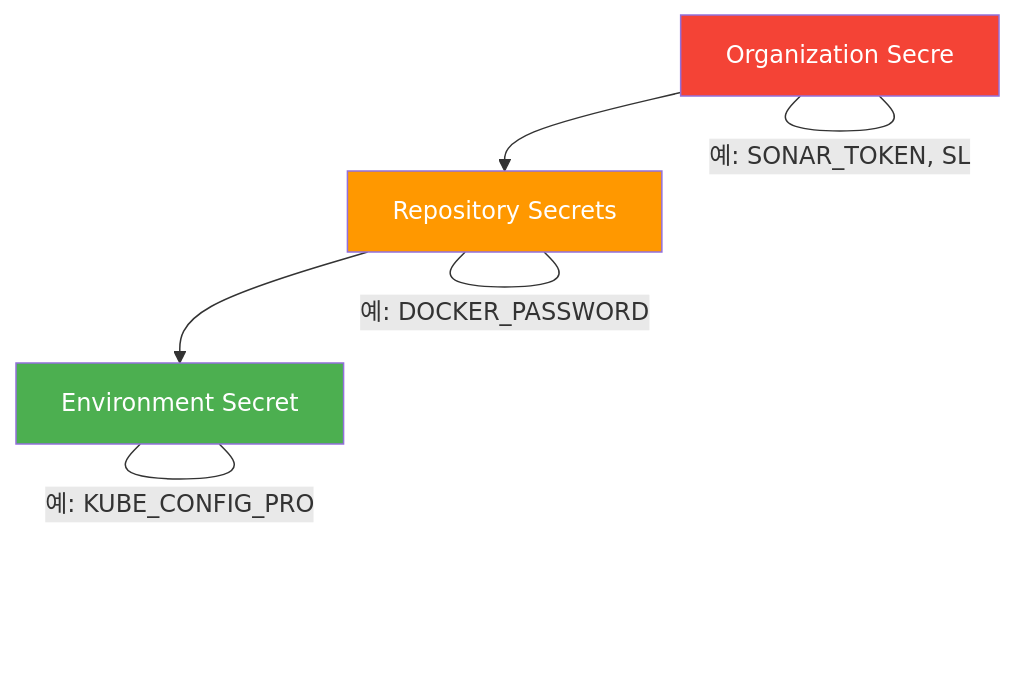
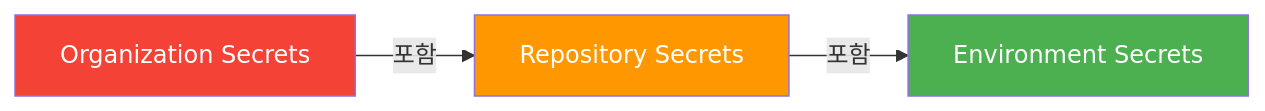
The fifth of 5 diagrams in _posts/cicd/2026-05-03-github-actions-deep.md (yjkim2015/yjkim2015.github.io), drawn with Mermaid before and after one commit. The commit also changed other lines of this file and 84 other files, not shown here.

First line of the commit message:
85개 포스트 Mermaid 다이어그램 규칙 일괄 수정

````diff
--- a/_posts/cicd/2026-05-03-github-actions-deep.md
+++ b/_posts/cicd/2026-05-03-github-actions-deep.md
@@ -592,13 +595,11 @@
 ```mermaid
-graph TB
-    ORG["Organization Secre"]
+graph LR
+    ORG["Organization Secrets"]
     REPO["Repository Secrets"]
-    ENV["Environment Secret"]
-    ORG --> REPO --> ENV
-    ORG ---|"예: SONAR_TOKEN, SL"| ORG
-    REPO ---|"예: DOCKER_PASSWORD"| REPO
-    ENV ---|"예: KUBE_CONFIG_PRO"| ENV
+    ENV["Environment Secrets"]
+    ORG -->|"포함"| REPO
+    REPO -->|"포함"| ENV
     style ENV fill:#4CAF50,color:#fff
     style REPO fill:#FF9800,color:#fff
     style ORG fill:#F44336,color:#fff
 ```
````
